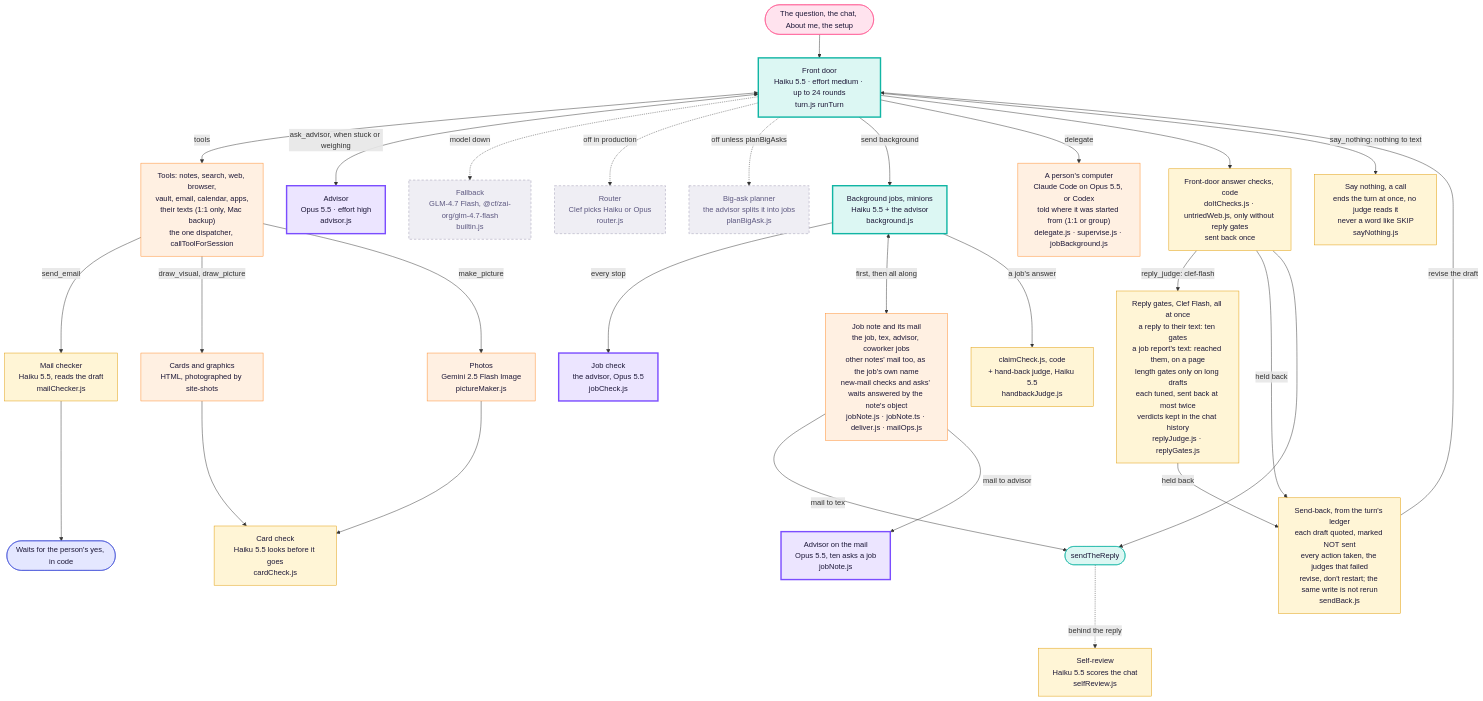
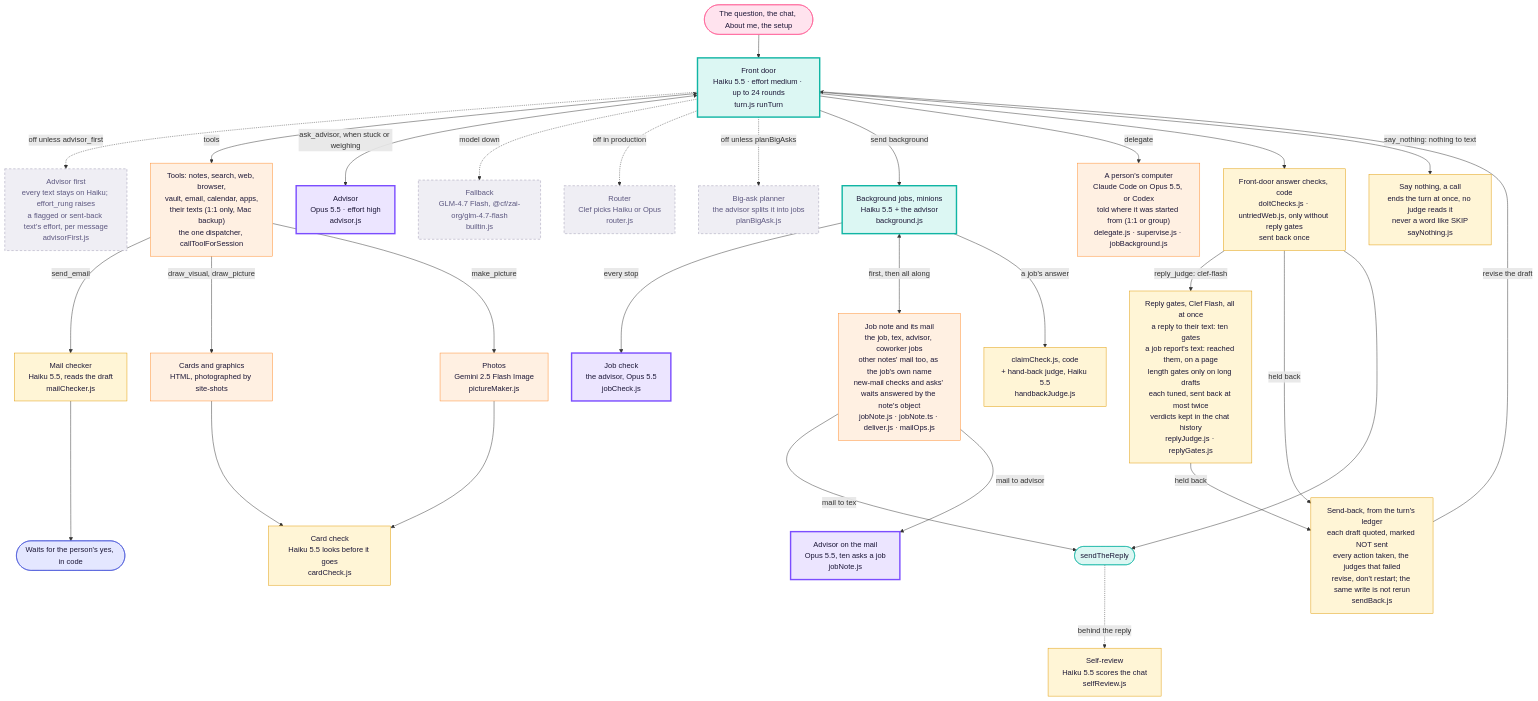
One commit to Supa-Media/context changed the third of 3 diagrams in docs/architecture/tex.md. Above: the diagram before and after it, drawn with Mermaid. The commit also changed other lines of this file and 19 other files, not shown here.

First line of the commit message:
Tex advisor first, behind flags that default off, with its bench

````diff
--- a/docs/architecture/tex.md
+++ b/docs/architecture/tex.md
@@ -111,43 +111,44 @@
 ```mermaid
 flowchart TB
   Q([The question, the chat, About me, the setup]):::you --> FD
   FD["Front door<br/>Haiku 5.5 · effort medium · up to 24 rounds<br/>turn.js runTurn"]:::haiku
+  FD -. off unless advisor_first .-> AF["Advisor first<br/>every text stays on Haiku; effort_rung raises<br/>a flagged or sent-back text's effort, per message<br/>advisorFirst.js"]:::off
   FD <-->|tools| T["Tools: notes, search, web, browser,<br/>vault, email, calendar, apps,<br/>their texts (1:1 only, Mac backup)<br/>the one dispatcher, callToolForSession"]:::tool
   FD <-->|ask_advisor, when stuck or weighing| ADV["Advisor<br/>Opus 5.5 · effort high<br/>advisor.js"]:::opus
   FD -. model down .-> FB["Fallback<br/>GLM-4.7 Flash, @cf/zai-org/glm-4.7-flash<br/>builtin.js"]:::off
   FD -. off in production .-> RT["Router<br/>Clef picks Haiku or Opus<br/>router.js"]:::off
   FD -. off unless planBigAsks .-> PL["Big-ask planner<br/>the advisor splits it into jobs<br/>planBigAsk.js"]:::off
 
   FD -->|send background| JOB["Background jobs, minions<br/>Haiku 5.5 + the advisor<br/>background.js"]:::haiku
   JOB -->|every stop| JC["Job check<br/>the advisor, Opus 5.5<br/>jobCheck.js"]:::opus
   JOB <-->|first, then all along| JN["Job note and its mail<br/>the job, tex, advisor, coworker jobs<br/>other notes' mail too, as the job's own name<br/>new-mail checks and asks' waits answered by the note's object<br/>jobNote.js · jobNote.ts · deliver.js · mailOps.js"]:::tool
   JN -->|mail to tex| SEND
   JN -->|mail to advisor| JNA["Advisor on the mail<br/>Opus 5.5, ten asks a job<br/>jobNote.js"]:::opus
   JOB -->|a job's answer| JCK["claimCheck.js, code<br/>+ hand-back judge, Haiku 5.5<br/>handbackJudge.js"]:::judge
   FD -->|delegate| DL["A person's computer<br/>Claude Code on Opus 5.5, or Codex<br/>told where it was started from (1:1 or group)<br/>delegate.js · supervise.js · jobBackground.js"]:::tool
 
   T -->|send_email| MC["Mail checker<br/>Haiku 5.5, reads the draft<br/>mailChecker.js"]:::judge
   MC --> YES([Waits for the person's yes, in code]):::rail
   T -->|draw_visual, draw_picture| PIC["Cards and graphics<br/>HTML, photographed by site-shots"]:::tool
   T -->|make_picture| IMG["Photos<br/>Gemini 2.5 Flash Image<br/>pictureMaker.js"]:::tool
   PIC --> CC["Card check<br/>Haiku 5.5 looks before it goes<br/>cardCheck.js"]:::judge
   IMG --> CC
 
   FD --> CHK["Front-door answer checks, code<br/>doItChecks.js · untriedWeb.js, only without reply gates<br/>sent back once"]:::judge
   FD -->|say_nothing: nothing to text| QT["Say nothing, a call<br/>ends the turn at once, no judge reads it<br/>never a word like SKIP<br/>sayNothing.js"]:::judge
   CHK -->|reply_judge: clef-flash| RJ["Reply gates, Clef Flash, all at once<br/>a reply to their text: ten gates<br/>a job report's text: reached them, on a page<br/>length gates only on long drafts<br/>each tuned, sent back at most twice<br/>verdicts kept in the chat history<br/>replyJudge.js · replyGates.js"]:::judge
   CHK -->|held back| SB["Send-back, from the turn's ledger<br/>each draft quoted, marked NOT sent<br/>every action taken, the judges that failed<br/>revise, don't restart; the same write is not rerun<br/>sendBack.js"]:::judge
   RJ -->|held back| SB
   SB -->|revise the draft| FD
   CHK --> SEND([sendTheReply]):::door
   SEND -. behind the reply .-> SR["Self-review<br/>Haiku 5.5 scores the chat<br/>selfReview.js"]:::judge
 
   classDef you fill:#ffe3ee,stroke:#ff4f8b,color:#1d1838
   classDef haiku fill:#dcf7f3,stroke:#11b5a4,stroke-width:3px,color:#1d1838
   classDef opus fill:#ece5ff,stroke:#7b4dff,stroke-width:3px,color:#1d1838
   classDef judge fill:#fff5d6,stroke:#e09a00,color:#1d1838
   classDef tool fill:#fff0e2,stroke:#ff8a2a,color:#1d1838
   classDef rail fill:#e4e7ff,stroke:#3c4bd6,color:#1d1838
   classDef door fill:#dcf7f3,stroke:#11b5a4,color:#1d1838
   classDef off fill:#efeef4,stroke:#9a97b0,stroke-dasharray:5 4,color:#5d5880
 ```
````
